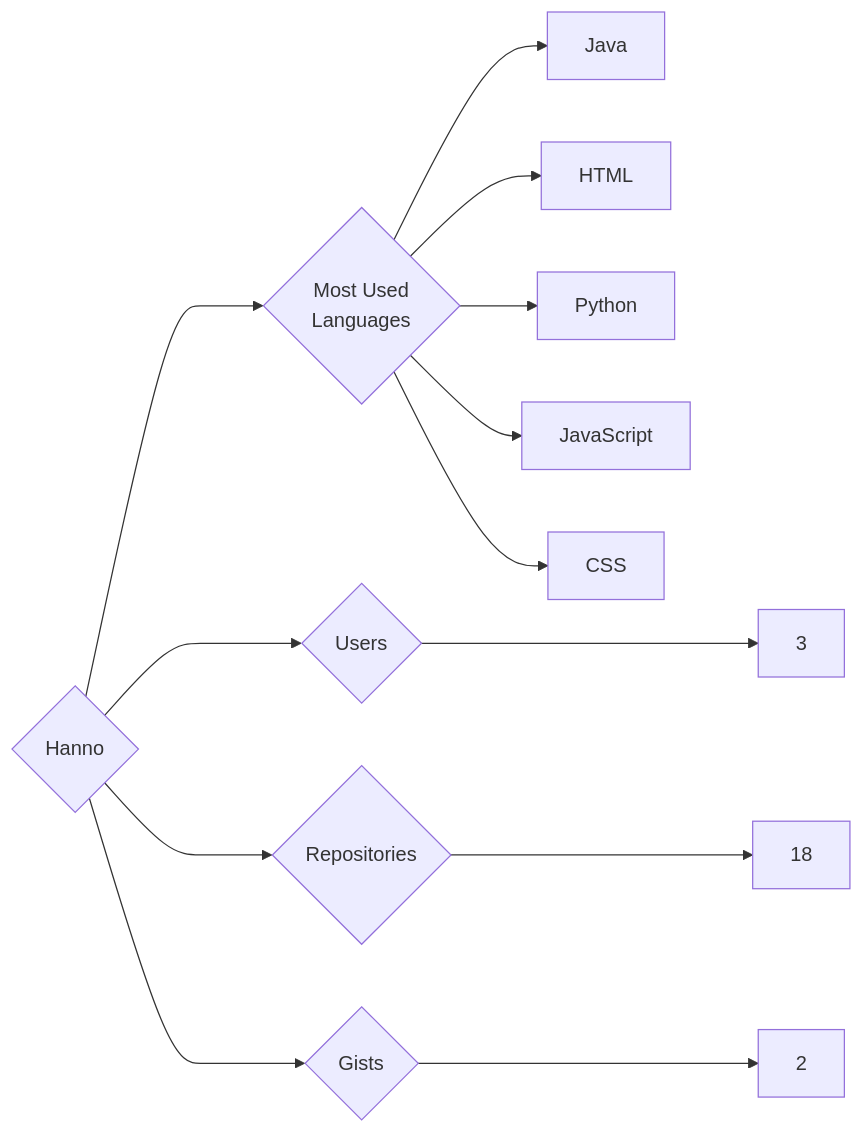
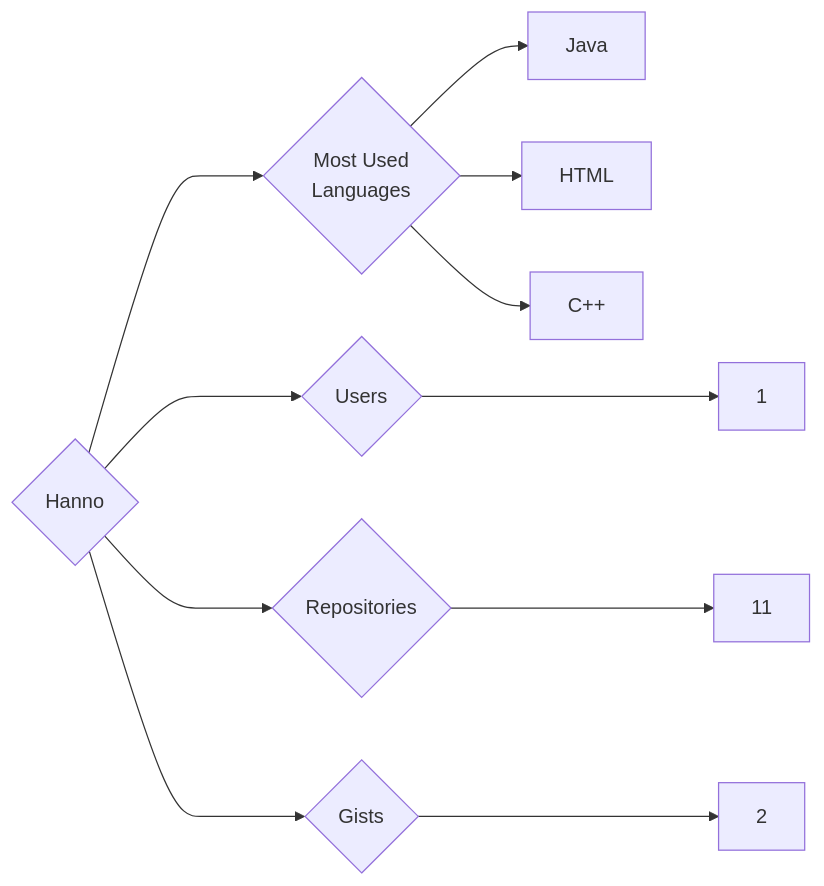
Before and after one commit to trickest/insiders: the diagram in targets/Hanno/README.md, drawn with Mermaid. The commit also changed 772 other files, not shown here.

````diff
--- a/targets/Hanno/README.md
+++ b/targets/Hanno/README.md
@@ -3,13 +3,11 @@
 ```mermaid
 graph LR
 COMPANY_NAME{Hanno}
-COMPANY_NAME ---> U{Users} ---> UN[3]
-COMPANY_NAME ---> R{Repositories} ---> RN[18]
+COMPANY_NAME ---> U{Users} ---> UN[1]
+COMPANY_NAME ---> R{Repositories} ---> RN[11]
 COMPANY_NAME ---> G{Gists} ---> GN[2]
 COMPANY_NAME ---> ML{Most Used<br>Languages}
 ML --> Java[Java]
 ML --> HTML[HTML]
-ML --> Python[Python]
-ML --> JavaScript[JavaScript]
-ML --> CSS[CSS]
+ML --> C++[C++]
 ```
````
